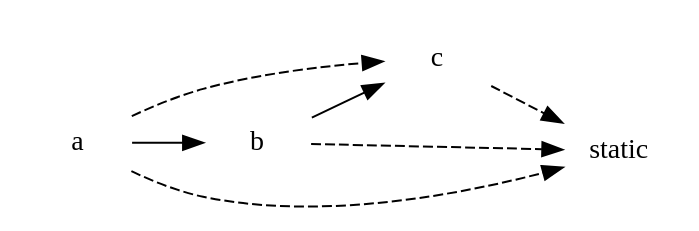
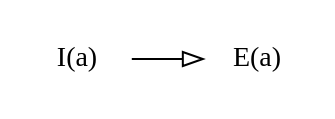
Before and after one commit to zetanumbers/book: the first of 6 diagrams in src/refining-rust-type-system.md, drawn with Graphviz. The commit also changed other lines of this file and 1 other file, not shown here.

````diff
--- a/src/refining-rust-type-system.md
+++ b/src/refining-rust-type-system.md
@@ -68,12 +46,10 @@
 ```dot process
 digraph G {
   rankdir="LR";
-  node [shape="none"];
-  a -> b;
-  b -> c;
-  a -> c [style="dashed"];
-  c -> static [style="dashed"];
-  b -> static [style="dashed"];
-  a -> static [style="dashed"];
+  node [shape="none",fontname="MathJax_Math"];
+  edge [arrowhead=empty]
+  ia [label="I(a)"];
+  ea [label="E(a)"];  
+  ia -> ea;
 }
 ```
````
